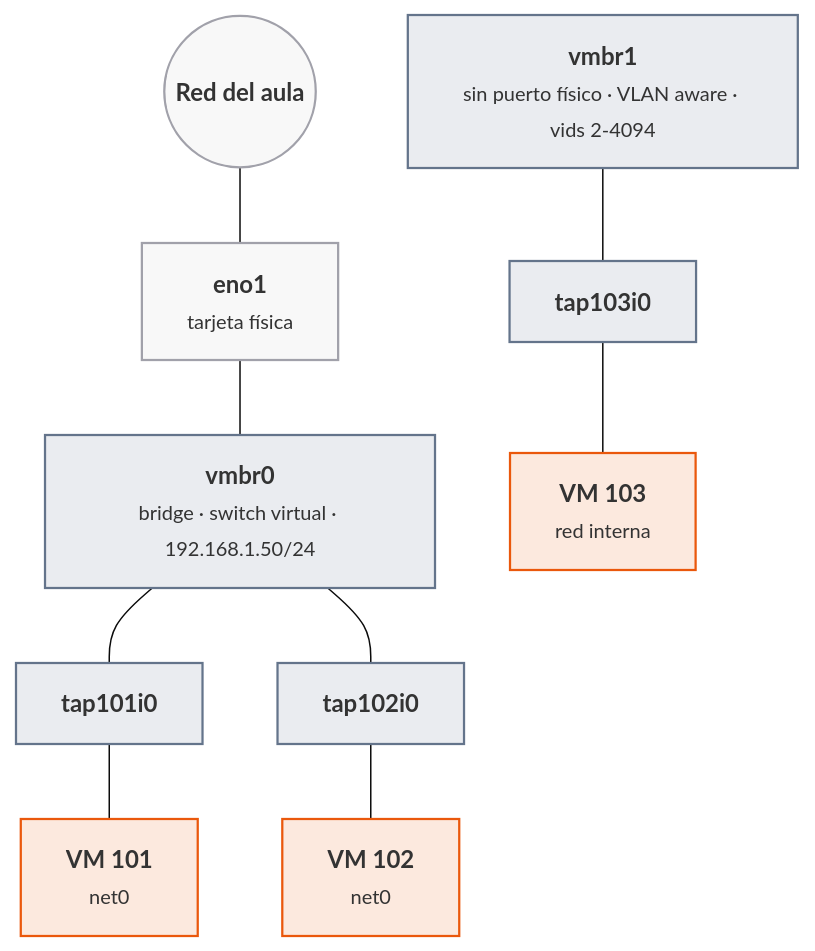
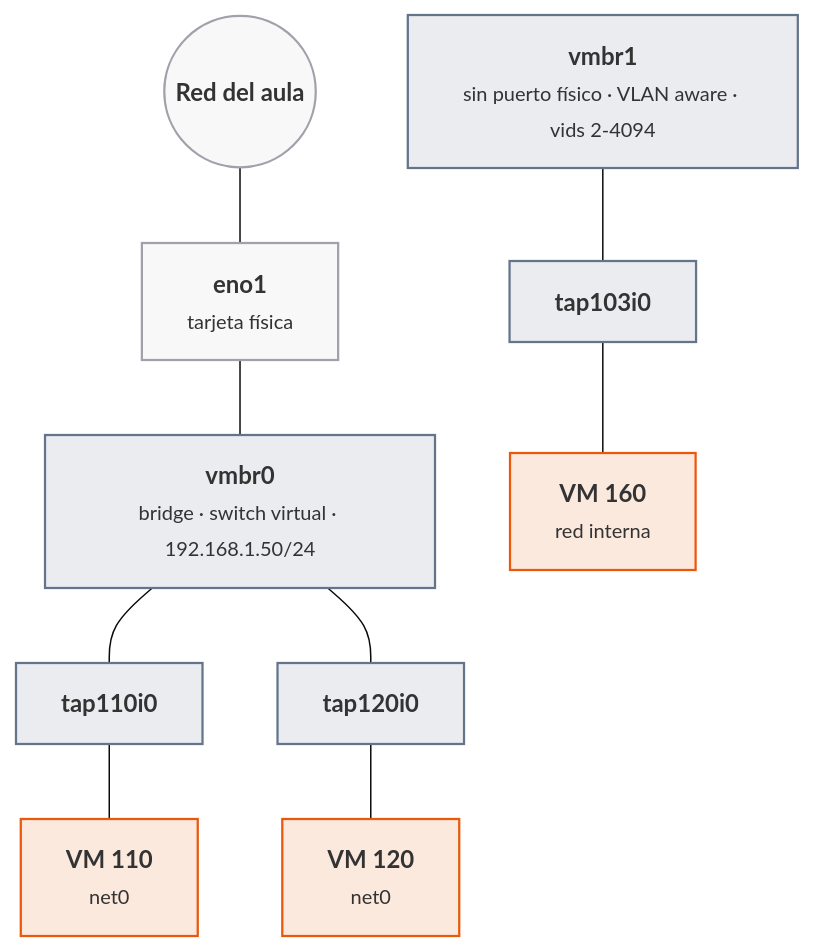
One commit to victor-educ/apuntes-5166 changed the sixth of 14 diagrams in docs/ut/ut1-virtualizacion.md. Above: the diagram before and after it, drawn with Mermaid (base theme). The commit also changed other lines of this file and 15 other files, not shown here.

````diff
--- a/docs/ut/ut1-virtualizacion.md
+++ b/docs/ut/ut1-virtualizacion.md
@@ -364,23 +364,23 @@
 ```mermaid
 flowchart TB
     RED(("<b>Red del aula</b>")):::infra
     ENO["<b>eno1</b><br><small>tarjeta física</small>"]:::infra
     BR0["<b>vmbr0</b><br><small>bridge · switch virtual · 192.168.1.50/24</small>"]:::pieza
-    T1["<b>tap101i0</b>"]:::pieza
-    T2["<b>tap102i0</b>"]:::pieza
-    V1["<b>VM 101</b><br><small>net0</small>"]:::act
-    V2["<b>VM 102</b><br><small>net0</small>"]:::act
+    T1["<b>tap110i0</b>"]:::pieza
+    T2["<b>tap120i0</b>"]:::pieza
+    V1["<b>VM 110</b><br><small>net0</small>"]:::act
+    V2["<b>VM 120</b><br><small>net0</small>"]:::act
     BR1["<b>vmbr1</b><br><small>sin puerto físico · VLAN aware · vids 2-4094</small>"]:::pieza
     T3["<b>tap103i0</b>"]:::pieza
-    V3["<b>VM 103</b><br><small>red interna</small>"]:::act
+    V3["<b>VM 160</b><br><small>red interna</small>"]:::act
     RED --- ENO --- BR0
     BR0 --- T1 --- V1
     BR0 --- T2 --- V2
     BR1 --- T3 --- V3
     classDef act fill:#ea580c22,stroke:#ea580c,stroke-width:1.5px
     classDef pieza fill:#64748b22,stroke:#64748b,stroke-width:1.5px
     classDef dato fill:#2563eb22,stroke:#2563eb,stroke-width:1.5px
     classDef infra fill:#a1a1aa14,stroke:#a1a1aa,stroke-width:1.5px
     classDef ok fill:#16a34a22,stroke:#16a34a,stroke-width:1.5px
     classDef riesgo fill:#dc262622,stroke:#dc2626,stroke-width:1.5px
 ```
````
